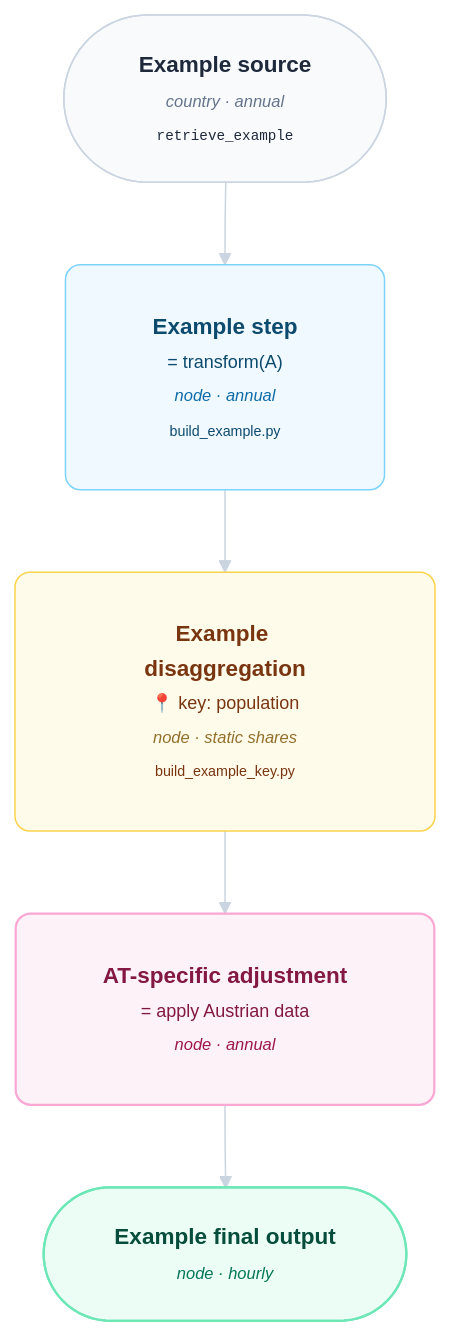
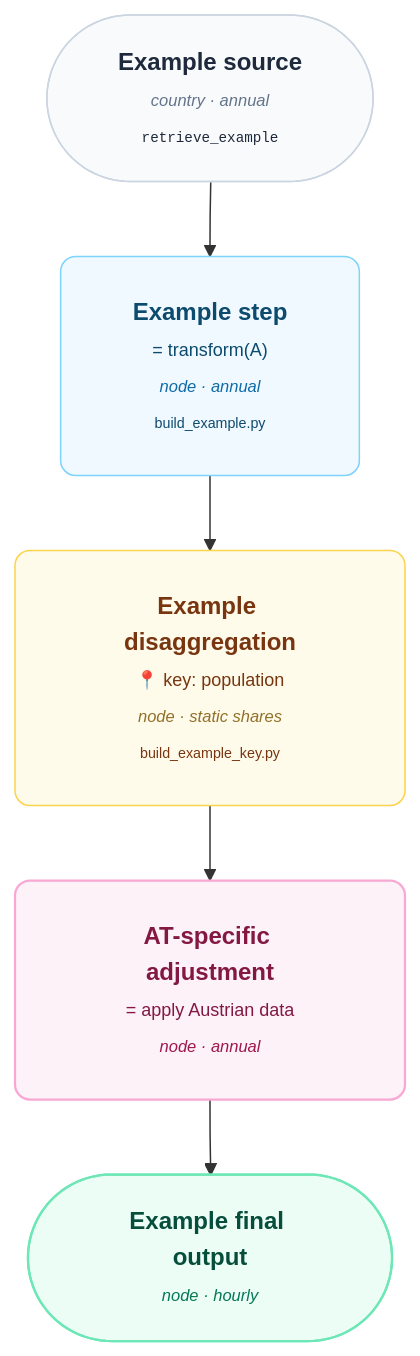
The diagram in docs-at/explanations/data-flows/index.md (AGGM-AG/pypsa-at), drawn with Mermaid before and after one commit. The commit also changed other lines of this file and 22 other files, not shown here.

````diff
--- a/docs-at/explanations/data-flows/index.md
+++ b/docs-at/explanations/data-flows/index.md
@@ -53,14 +48,13 @@
 ```mermaid
-%%{init: {'theme': 'base', 'themeVariables': {'fontFamily': 'Inter, -apple-system, Segoe UI, sans-serif', 'fontSize': '15px', 'lineColor': '#cbd5e1', 'primaryTextColor': '#1e293b', 'edgeLabelBackground': '#ffffff'}, 'flowchart': {'curve': 'basis', 'nodeSpacing': 45, 'rankSpacing': 55, 'padding': 20}}}%%
 flowchart TD
     classDef source fill:#f8fafc,stroke:#cbd5e1,stroke-width:1px,color:#1e293b,rx:10,ry:10
     classDef step fill:#f0f9ff,stroke:#7dd3fc,stroke-width:1px,color:#0c4a6e,rx:10,ry:10
     classDef aggstep fill:#fffbeb,stroke:#fcd34d,stroke-width:1px,color:#78350f,rx:10,ry:10
     classDef final fill:#ecfdf5,stroke:#6ee7b7,stroke-width:1.5px,color:#064e3b,rx:10,ry:10
     classDef at fill:#fdf2f8,stroke:#f9a8d4,stroke-width:1.5px,color:#831843,rx:10,ry:10
 
     A(["<div style='padding:12px 26px'><b>Example source</b><br/><i style='font-size:11px;color:#64748b'>country · annual</i><br/><span style='font-size:9.5px;color:#94a3b8;font-family:monospace'>retrieve_example</span></div>"]):::source --> B["<div style='padding:10px 18px'><b>Example step</b><br/><span style='font-size:12px'>= transform(A)</span><br/><i style='font-size:11px;color:#0e6ba8'>node · annual</i><br/><span style='font-size:9.5px;color:#5b9bd5;font-family:monospace'>build_example.py</span></div>"]:::step
     B --> C["<div style='padding:10px 18px'><b>Example disaggregation</b><br/><span style='font-size:12px'>📍 key: population</span><br/><i style='font-size:11px;color:#92702a'>node · static shares</i><br/><span style='font-size:9.5px;color:#a88a4e;font-family:monospace'>build_example_key.py</span></div>"]:::aggstep
     C --> D["<div style='padding:10px 18px'><b>AT-specific adjustment</b><br/><span style='font-size:12px'>= apply Austrian data</span><br/><i style='font-size:11px;color:#9d174d'>node · annual</i></div>"]:::at
     D --> E(["<div style='padding:12px 26px'><b>Example final output</b><br/><i style='font-size:11px;color:#047857'>node · hourly</i></div>"]):::final
 ```
````
